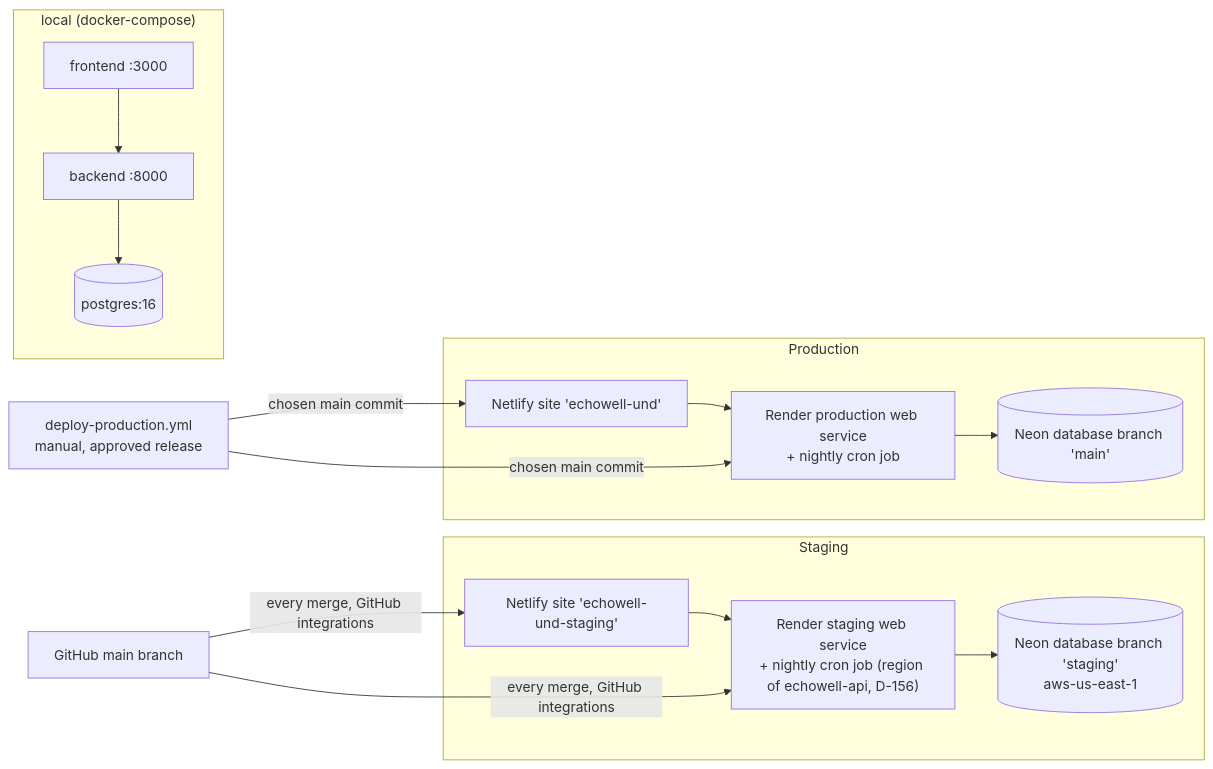
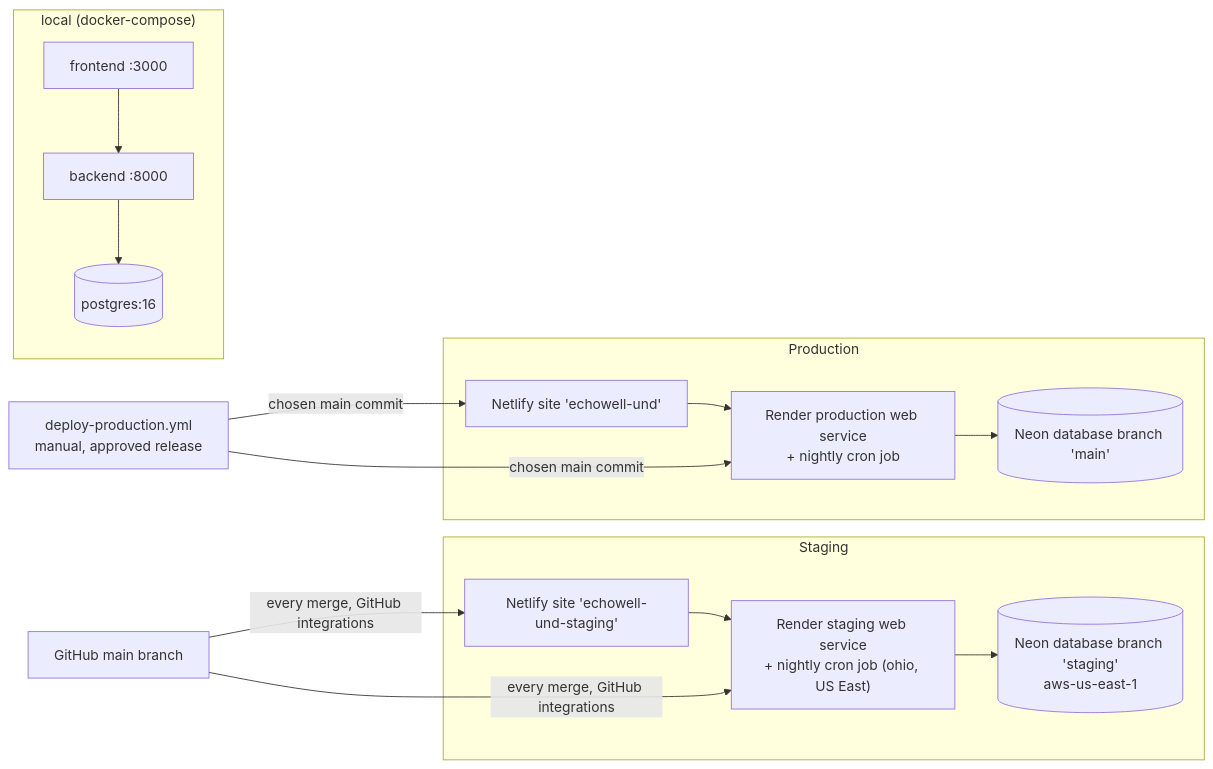
One commit to EchoWellApp/echowell changed the sixth of 7 diagrams in specs/TRD/01_System_Architecture_TRD.md. Above: the diagram before and after it, drawn with Mermaid. The commit also changed other lines of this file and 14 other files, not shown here.

First line of the commit message:
PR #30: Render region is ohio (US East), D-156

````diff
--- a/specs/TRD/01_System_Architecture_TRD.md
+++ b/specs/TRD/01_System_Architecture_TRD.md
@@ -341,14 +341,14 @@
 ```mermaid
 flowchart LR
     subgraph Local["local (docker-compose)"]
         LF["frontend :3000"] --> LB["backend :8000"] --> LP[("postgres:16")]
     end
     subgraph Staging
-        SF["Netlify site 'echowell-und-staging'"] --> SB["Render staging web service<br/>+ nightly cron job (region of echowell-api, D-156)"] --> SP[("Neon database branch 'staging'<br/>aws-us-east-1")]
+        SF["Netlify site 'echowell-und-staging'"] --> SB["Render staging web service<br/>+ nightly cron job (ohio, US East)"] --> SP[("Neon database branch 'staging'<br/>aws-us-east-1")]
     end
     subgraph Production
         PF["Netlify site 'echowell-und'"] --> PB["Render production web service<br/>+ nightly cron job"] --> PP[("Neon database branch 'main'")]
     end
     GH["GitHub main branch"] -->|every merge, GitHub integrations| SF & SB
     REL["deploy-production.yml<br/>manual, approved release"] -->|chosen main commit| PF & PB
 ```
````
